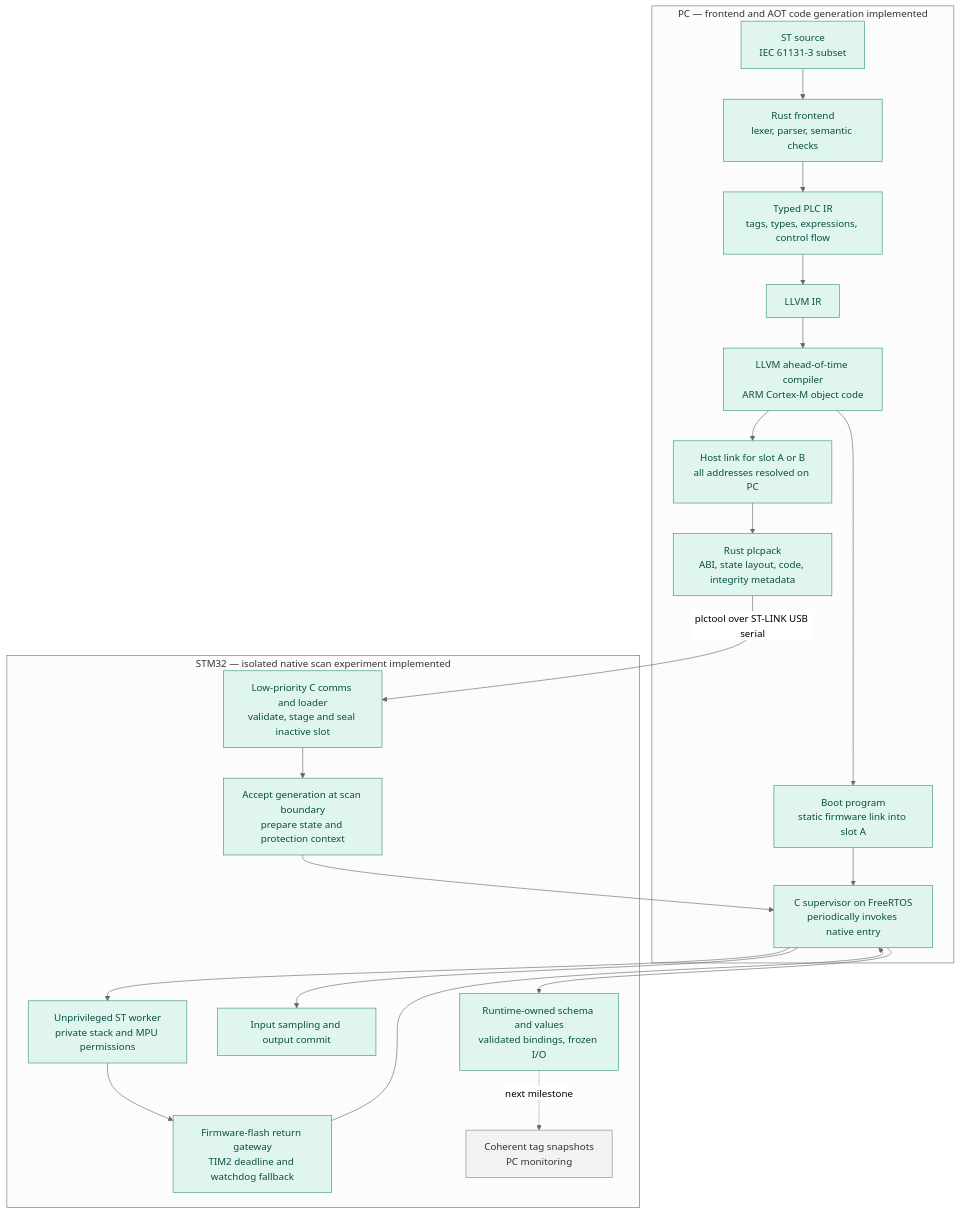
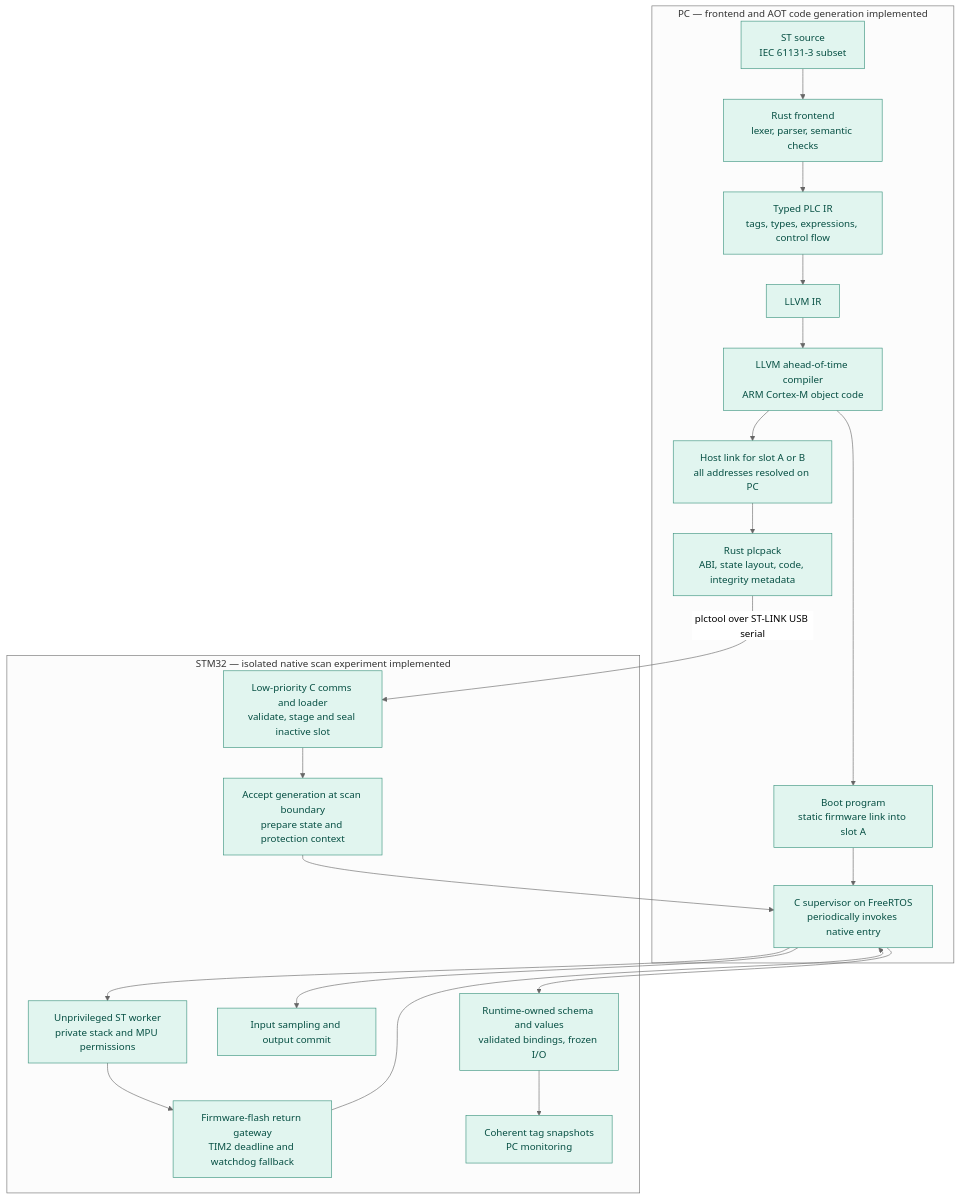
One commit to sergiogallegos/tinyplc changed the first of 3 diagrams in README.md. Above: the diagram before and after it, drawn with Mermaid (neutral theme). The commit also changed other lines of this file and 49 other files, not shown here.

Commit message:
Implement coherent monitoring and verified online migration and rollback

````diff
--- a/README.md
+++ b/README.md
@@ -66,29 +75,29 @@
 ```mermaid
 flowchart TB
   subgraph PC["PC — frontend and AOT code generation implemented"]
     ST["ST source<br/>IEC 61131-3 subset"] --> Front["Rust frontend<br/>lexer, parser, semantic checks"]
     Front --> IR["Typed PLC IR<br/>tags, types, expressions, control flow"]
     IR --> LLVM["LLVM IR"]
     LLVM --> Object["LLVM ahead-of-time compiler<br/>ARM Cortex-M object code"]
     Object --> Experiment["Boot program<br/>static firmware link into slot A"]
     Experiment --> Runtime
     Object --> Link["Host link for slot A or B<br/>all addresses resolved on PC"]
     Link --> Package["Rust plcpack<br/>ABI, state layout, code, integrity metadata"]
   end
   Package -->|"plctool over ST-LINK USB serial"| Loader
   subgraph Board["STM32 — isolated native scan experiment implemented"]
     Loader["Low-priority C comms and loader<br/>validate, stage and seal inactive slot"]
     Loader --> Activate["Accept generation at scan boundary<br/>prepare state and protection context"]
     Activate --> Runtime["C supervisor on FreeRTOS<br/>periodically invokes native entry"]
     Runtime --> Worker["Unprivileged ST worker<br/>private stack and MPU permissions"]
     Worker --> Gate["Firmware-flash return gateway<br/>TIM2 deadline and watchdog fallback"]
     Gate --> Runtime
     Runtime --> IO["Input sampling and output commit"]
     Runtime --> Tags["Runtime-owned schema and values<br/>validated bindings, frozen I/O"]
-    Tags -. "next milestone" .-> Monitor["Coherent tag snapshots<br/>PC monitoring"]
+    Tags --> Monitor["Coherent tag snapshots<br/>PC monitoring"]
   end
   classDef implemented fill:#e1f5ef,stroke:#39927d,color:#064f43;
   classDef planned fill:#f2f2f2,stroke:#888,color:#333;
   class ST,Front,IR,LLVM,Object,Link,Package,Experiment,Runtime,Worker,Gate,IO,Loader,Activate,Tags implemented;
-  class Monitor planned;
+  class Monitor implemented;
 ```
````
